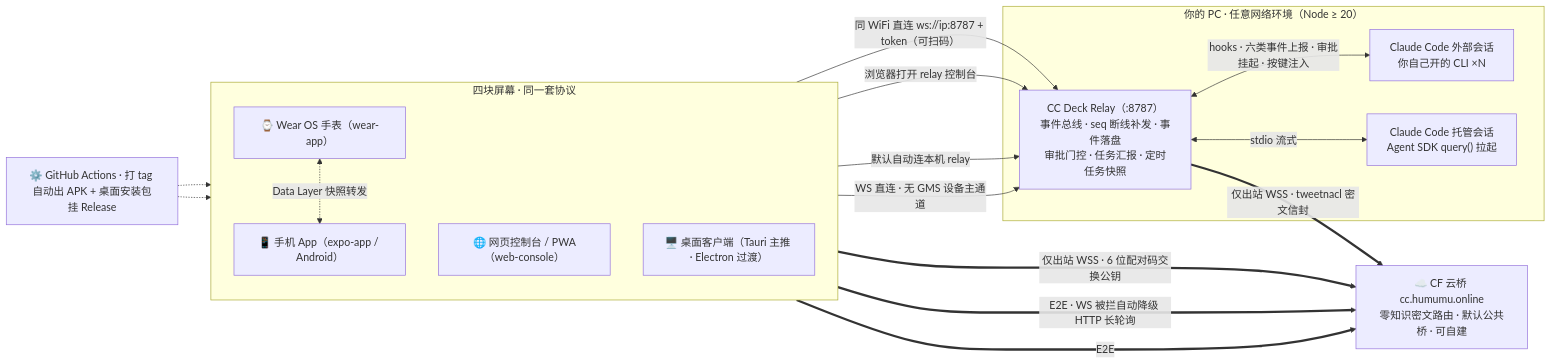
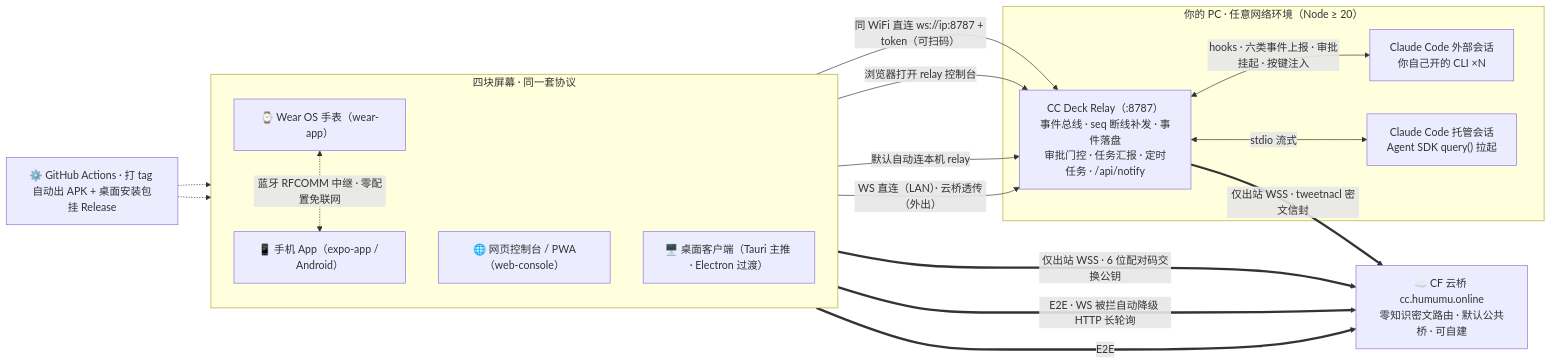
Before and after one commit to humumu130/cc-deck: the diagram in README.md, drawn with Mermaid. The commit also changed other lines of this file, not shown here.

Commit message:
docs: README 特性全景刷新（0.3.26→0.3.32）——模型切换/身份归并/更新链路/悬浮框/下载分发，开源可读化（去个人化、无 IP、截图占位）

````diff
--- a/README.md
+++ b/README.md
@@ -98,35 +114,35 @@
 ```mermaid
 flowchart LR
     subgraph SCR["四块屏幕 · 同一套协议"]
         direction TB
         APP["📱 手机 App（expo-app / Android）"]
         WATCH["⌚ Wear OS 手表（wear-app）"]
         WEB["🌐 网页控制台 / PWA（web-console）"]
         EXE["🖥️ 桌面客户端（Tauri 主推 · Electron 过渡）"]
     end
 
     CLOUD["☁️ CF 云桥 cc.humumu.online<br/>零知识密文路由 · 默认公共桥 · 可自建"]
 
     subgraph PC["你的 PC · 任意网络环境（Node ≥ 20）"]
-        RELAY["CC Deck Relay（:8787）<br/>事件总线 · seq 断线补发 · 事件落盘<br/>审批门控 · 任务汇报 · 定时任务快照"]
+        RELAY["CC Deck Relay（:8787）<br/>事件总线 · seq 断线补发 · 事件落盘<br/>审批门控 · 任务汇报 · 定时任务 · /api/notify"]
         EXT["Claude Code 外部会话<br/>你自己开的 CLI ×N"]
         HOSTED["Claude Code 托管会话<br/>Agent SDK query() 拉起"]
         RELAY <-->|"hooks · 六类事件上报 · 审批挂起 · 按键注入"| EXT
         RELAY <-->|"stdio 流式"| HOSTED
     end
 
     APP -->|"同 WiFi 直连 ws://ip:8787 + token（可扫码）"| RELAY
     WEB -->|"浏览器打开 relay 控制台"| RELAY
     EXE -->|"默认自动连本机 relay"| RELAY
-    WATCH -->|"WS 直连 · 无 GMS 设备主通道"| RELAY
-    WATCH <-.->|"Data Layer 快照转发"| APP
+    WATCH -->|"WS 直连（LAN）· 云桥透传（外出）"| RELAY
+    WATCH <-.->|"蓝牙 RFCOMM 中继 · 零配置免联网"| APP
 
     RELAY ==>|"仅出站 WSS · tweetnacl 密文信封"| CLOUD
     APP ==>|"仅出站 WSS · 6 位配对码交换公钥"| CLOUD
     WEB ==>|"E2E · WS 被拦自动降级 HTTP 长轮询"| CLOUD
     EXE ==>|"E2E"| CLOUD
 
     CI["⚙️ GitHub Actions · 打 tag 自动出 APK + 桌面安装包挂 Release"]
     CI -.-> APP
     CI -.-> EXE
 ```
````
